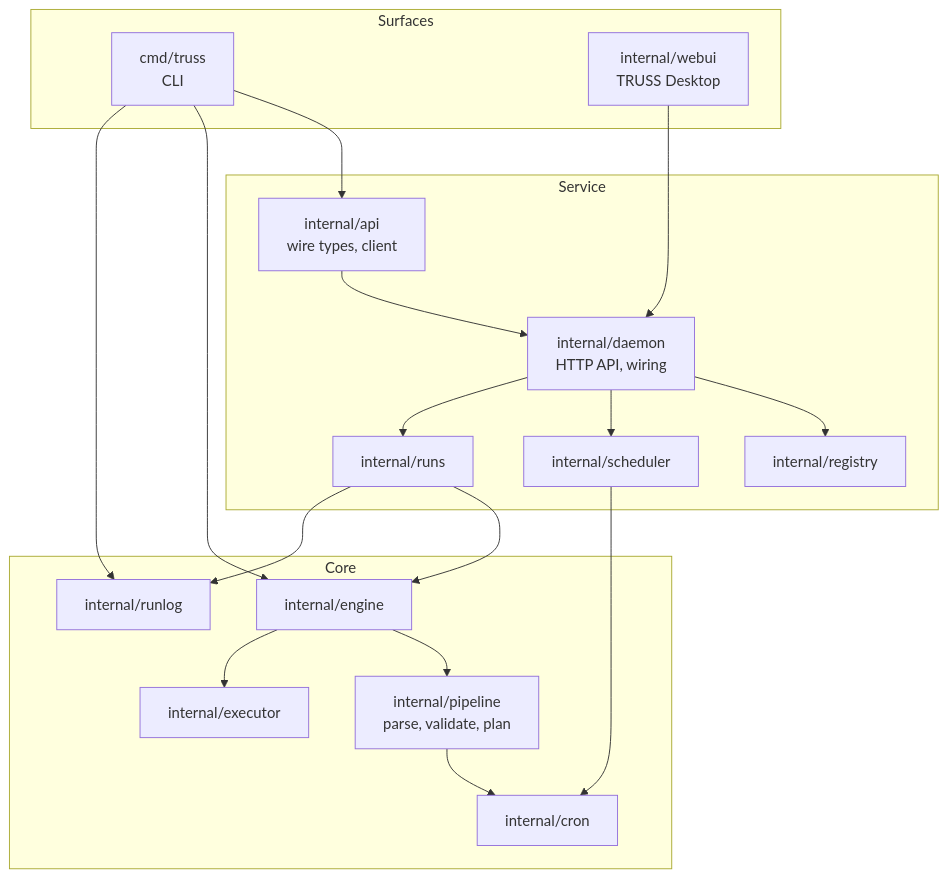
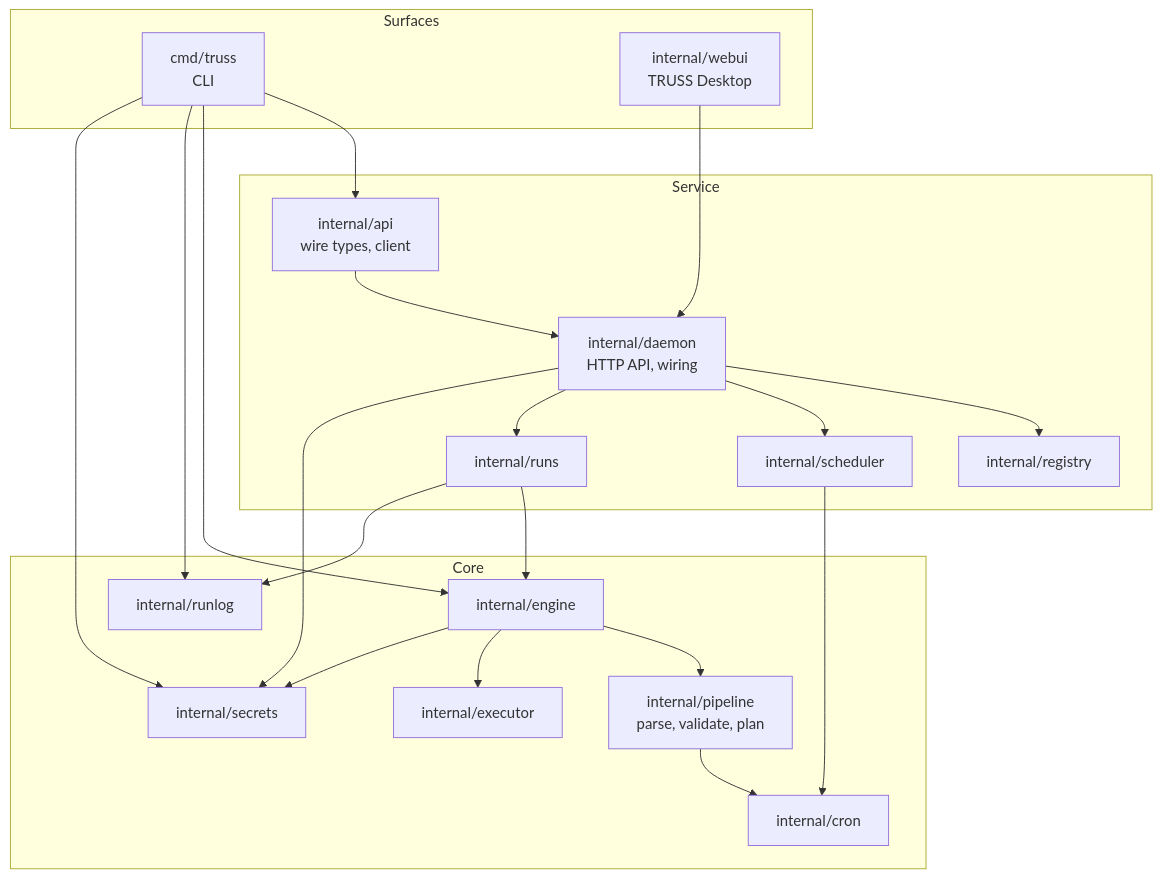
Before and after one commit to afri-bit/truss: the first of 2 diagrams in docs/architecture.md, drawn with Mermaid. The commit also changed 6 other files, not shown here.

````diff
--- a/docs/architecture.md
+++ b/docs/architecture.md
@@ -8,32 +8,36 @@
 ```mermaid
 flowchart TB
     subgraph surface["Surfaces"]
         cli["cmd/truss<br/>CLI"]
         ui["internal/webui<br/>TRUSS Desktop"]
     end
     subgraph service["Service"]
         api["internal/api<br/>wire types, client"]
         daemon["internal/daemon<br/>HTTP API, wiring"]
         registry["internal/registry"]
         scheduler["internal/scheduler"]
         runs["internal/runs"]
     end
     subgraph core["Core"]
         pipeline["internal/pipeline<br/>parse, validate, plan"]
         cron["internal/cron"]
         engine["internal/engine"]
         executor["internal/executor"]
         runlog["internal/runlog"]
+        secrets["internal/secrets"]
     end
 
     cli --> api --> daemon
     ui --> daemon
     cli --> engine
     daemon --> registry & scheduler & runs
     scheduler --> cron
     runs --> engine
     engine --> pipeline & executor
     pipeline --> cron
     runs --> runlog
     cli --> runlog
+    cli --> secrets
+    daemon --> secrets
+    engine --> secrets
 ```
````
